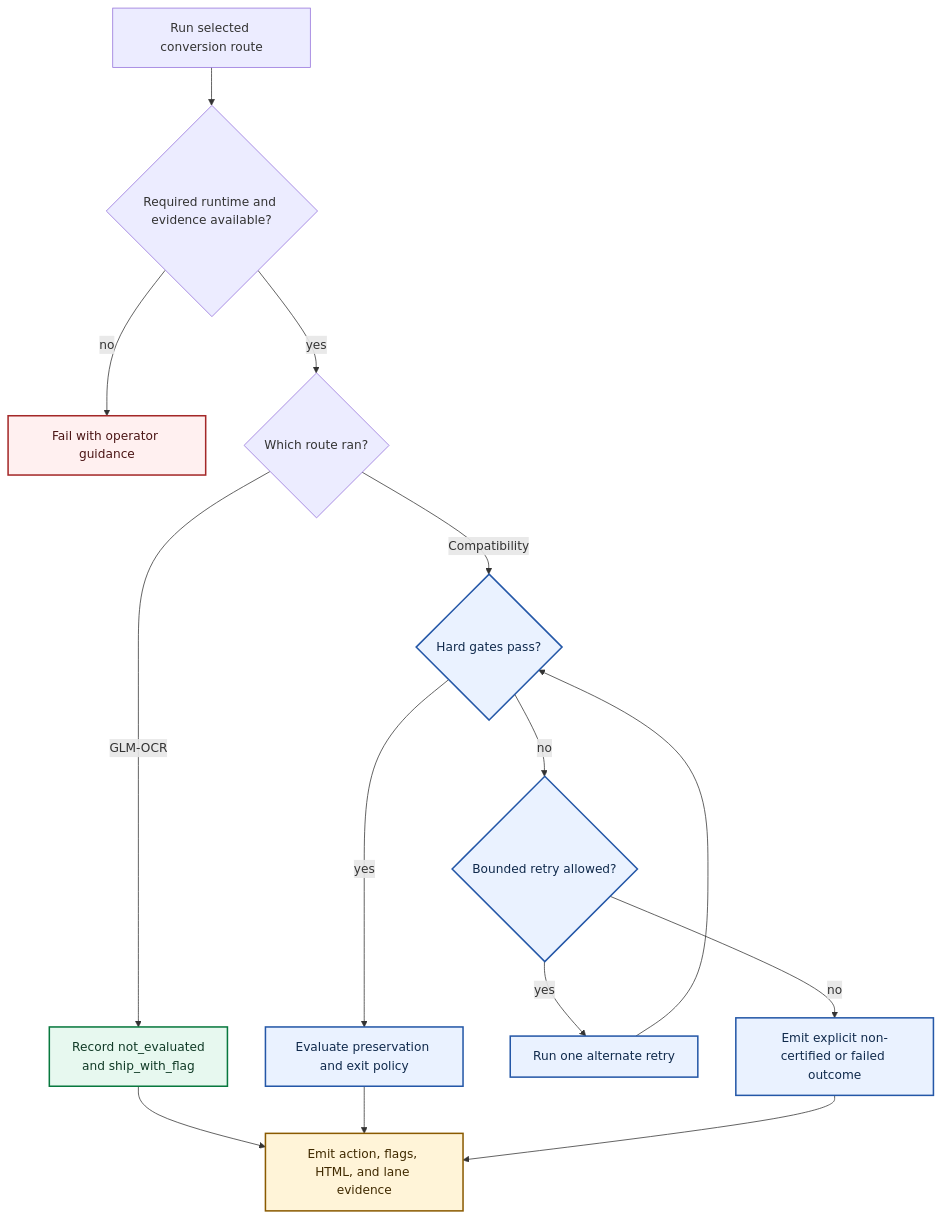
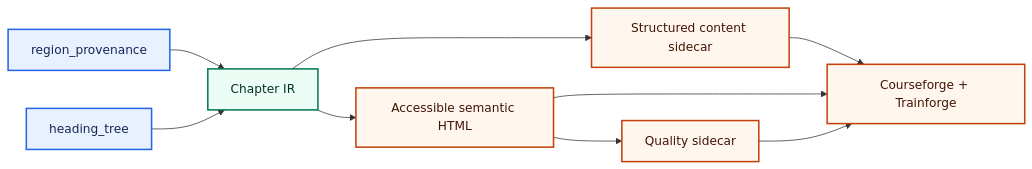
Before and after one commit to mdmurphy822/Ed4All: the third of 4 diagrams in SemantiK/architecture.md, drawn with Mermaid. The commit also changed other lines of this file and 1 other file, not shown here.

Commit message:
docs(semantik): rebuild public product architecture

````diff
--- a/SemantiK/architecture.md
+++ b/SemantiK/architecture.md
@@ -288,25 +146,18 @@
 ```mermaid
-flowchart TD
-    run["Run selected conversion route"] --> ok{"Required runtime and evidence available?"}
-    ok -->|no| error["Fail with operator guidance"]
-    ok -->|yes| route{"Which route ran?"}
-    route -->|GLM-OCR| glmposture["Record not_evaluated<br/>and ship_with_flag"]
-    route -->|Compatibility| gate{"Hard gates pass?"}
-    gate -->|yes| score["Evaluate preservation and exit policy"]
-    gate -->|no| retry{"Bounded retry allowed?"}
-    retry -->|yes| rerun["Run one alternate retry"]
-    rerun --> gate
-    retry -->|no| flagged["Emit explicit non-certified or failed outcome"]
-    glmposture --> output["Emit action, flags, HTML, and lane evidence"]
-    score --> output
-    flagged --> output
+flowchart LR
+    REGIONS["region_provenance"] --> IR["Chapter IR"]
+    TREE["heading_tree"] --> IR
+    IR --> HTML["Accessible semantic HTML"]
+    IR --> SYNTH["Structured content sidecar"]
+    HTML --> QUALITY["Quality sidecar"]
+    SYNTH --> DOWNSTREAM["Courseforge + Trainforge"]
+    HTML --> DOWNSTREAM
+    QUALITY --> DOWNSTREAM
 
-    classDef preferred fill:#E7F8EF,stroke:#08783E,color:#103A26,stroke-width:2px;
-    classDef compat fill:#EAF2FF,stroke:#2457A7,color:#102A4C,stroke-width:2px;
-    classDef contract fill:#FFF4D8,stroke:#8A5A00,color:#402A00,stroke-width:2px;
-    classDef failure fill:#FFF0F0,stroke:#A42828,color:#4B1515,stroke-width:2px;
-    class glmposture preferred;
-    class gate,score,retry,rerun,flagged compat;
-    class output contract;
-    class error failure;
+    classDef contract fill:#E8F1FF,stroke:#2563EB,color:#172554,stroke-width:2px;
+    classDef transform fill:#ECFDF5,stroke:#047857,color:#052E2B,stroke-width:2px;
+    classDef artifact fill:#FFF7ED,stroke:#C2410C,color:#431407,stroke-width:2px;
+    class REGIONS,TREE contract;
+    class IR transform;
+    class HTML,SYNTH,QUALITY,DOWNSTREAM artifact;
 ```
````
